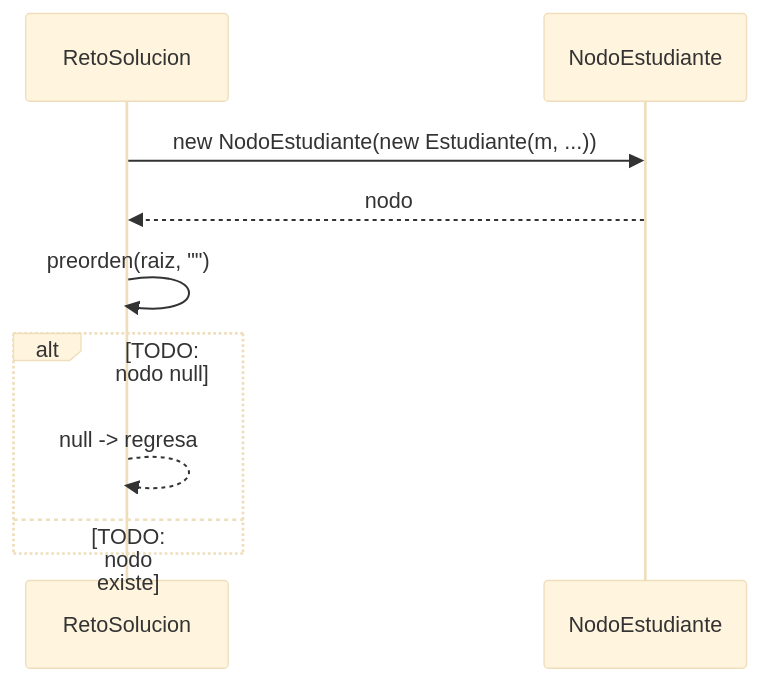
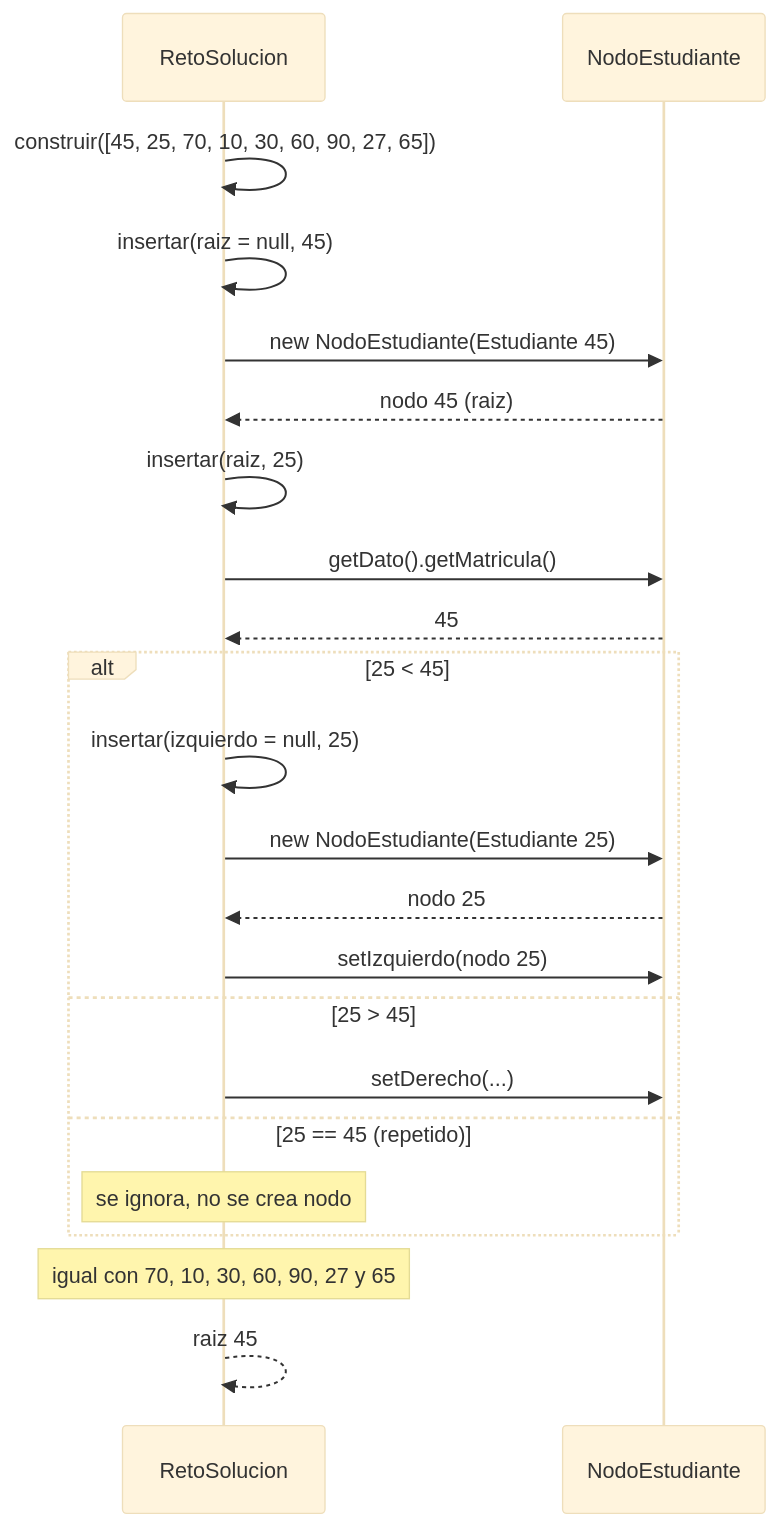
One commit to Damienq7w/APE3-Arboles-Integrado changed the first of 3 diagrams in docs/secuencia/secuencia_reto.md. Above: the diagram before and after it, drawn with Mermaid (base theme). The commit also changed other lines of this file, not shown here.

First line of the commit message:
Update secuencia_reto.md

````diff
--- a/docs/secuencia/secuencia_reto.md
+++ b/docs/secuencia/secuencia_reto.md
@@ -15,16 +15,25 @@
 ```mermaid
 sequenceDiagram
-    participant Sol as RetoSolucion
+    participant Reto as RetoSolucion
     participant Nodo as NodoEstudiante
-    %% TODO: completar con las llamadas reales del codigo
-    %% TODO: construir(45, 25, 70, 10, 30, 60, 90, 27, 65) con insertar
-    Sol->>Nodo: new NodoEstudiante(new Estudiante(m, ...))
-    Nodo-->>Sol: nodo
-    Sol->>Sol: preorden(raiz, "")
-    alt TODO: nodo null
-        Sol-->>Sol: null -> regresa
-    else TODO: nodo existe
-        %% TODO: VISITA, preorden(izq), preorden(der)
+
+    Reto->>Reto: construir([45, 25, 70, 10, 30, 60, 90, 27, 65])
+    Reto->>Reto: insertar(raiz = null, 45)
+    Reto->>Nodo: new NodoEstudiante(Estudiante 45)
+    Nodo-->>Reto: nodo 45 (raiz)
+    Reto->>Reto: insertar(raiz, 25)
+    Reto->>Nodo: getDato().getMatricula()
+    Nodo-->>Reto: 45
+    alt 25 < 45
+        Reto->>Reto: insertar(izquierdo = null, 25)
+        Reto->>Nodo: new NodoEstudiante(Estudiante 25)
+        Nodo-->>Reto: nodo 25
+        Reto->>Nodo: setIzquierdo(nodo 25)
+    else 25 > 45
+        Reto->>Nodo: setDerecho(...)
+    else 25 == 45 (repetido)
+        Note over Reto: se ignora, no se crea nodo
     end
-    %% TODO: probar(...) -> [OK] / [FALLA]
+    Note over Reto: igual con 70, 10, 30, 60, 90, 27 y 65
+    Reto-->>Reto: raiz 45
 ```
````
